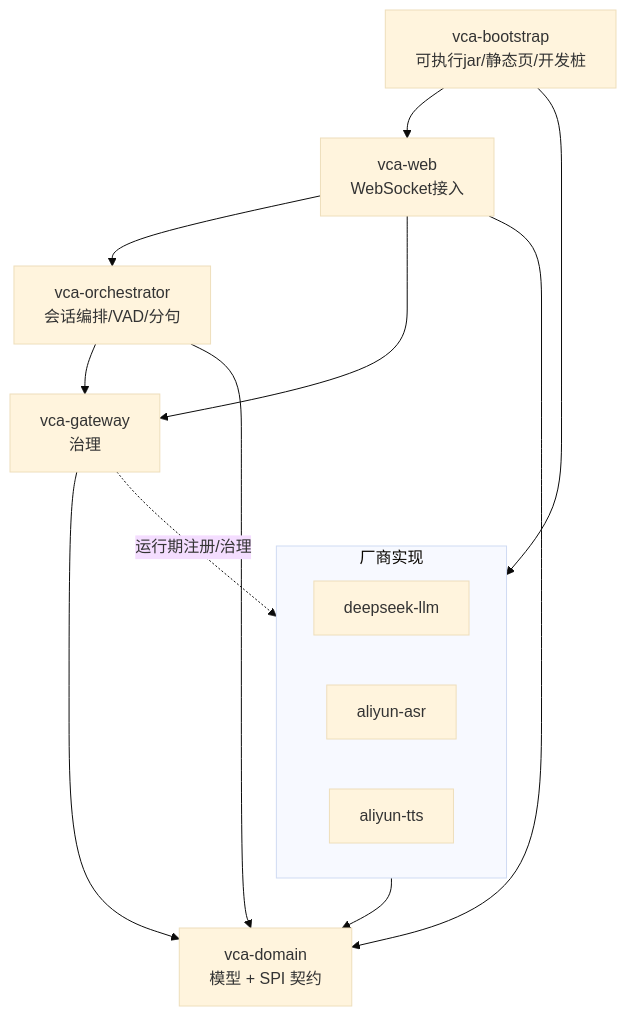
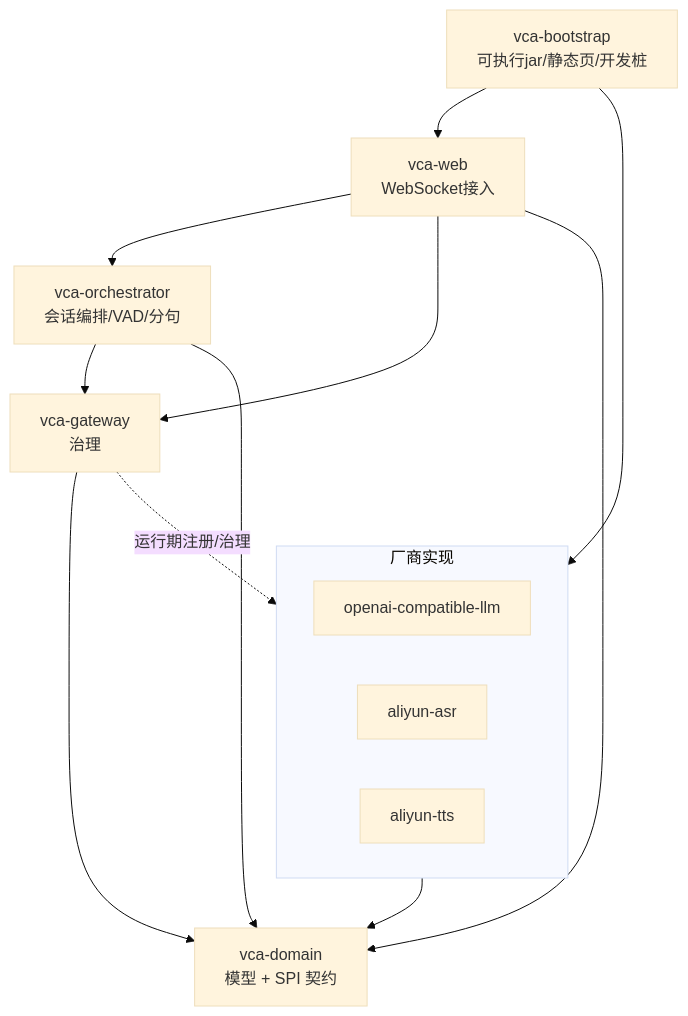
Before and after one commit to leslie06/ai-voice-chat-assistant: the first of 2 diagrams in docs/01-architecture.md, drawn with Mermaid (base theme). The commit also changed other lines of this file and 30 other files, not shown here.

````diff
--- a/docs/01-architecture.md
+++ b/docs/01-architecture.md
@@ -25,18 +25,18 @@
 ```mermaid
 graph TD
     bootstrap[vca-bootstrap<br/>可执行jar/静态页/开发桩] --> web[vca-web<br/>WebSocket接入]
     bootstrap --> providers
     web --> orchestrator[vca-orchestrator<br/>会话编排/VAD/分句]
     web --> gateway[vca-gateway<br/>治理]
     orchestrator --> gateway
     gateway --> domain[vca-domain<br/>模型 + SPI 契约]
     orchestrator --> domain
     web --> domain
     subgraph providers[厂商实现]
-      llm[deepseek-llm]
+      llm[openai-compatible-llm]
       asr[aliyun-asr]
       tts[aliyun-tts]
     end
     providers --> domain
     gateway -. 运行期注册/治理 .-> providers
 ```
````
